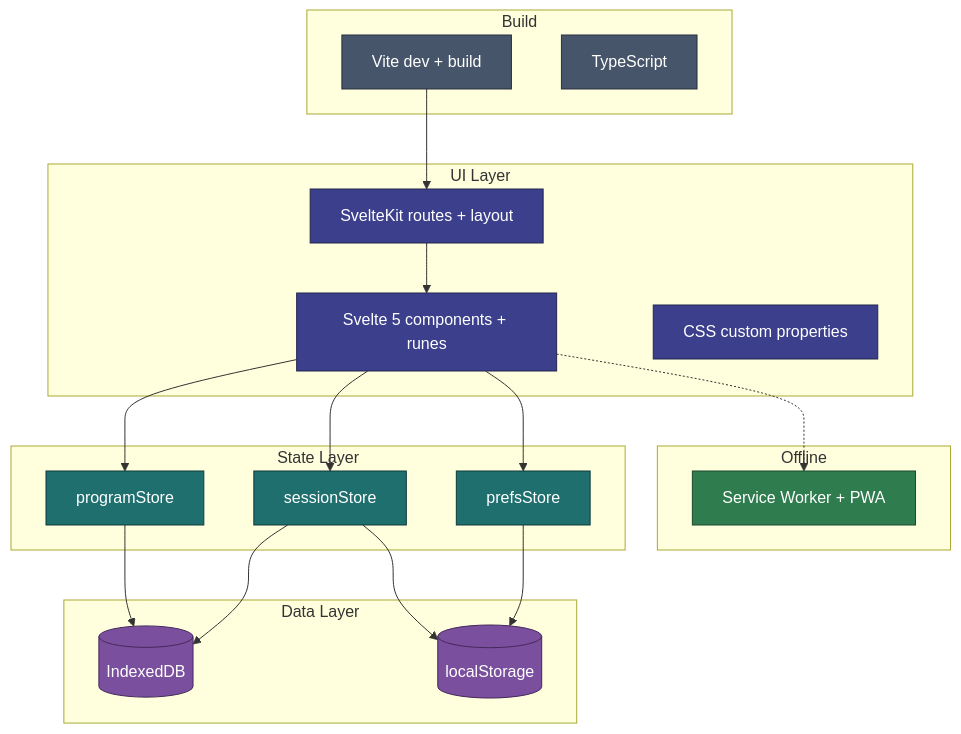
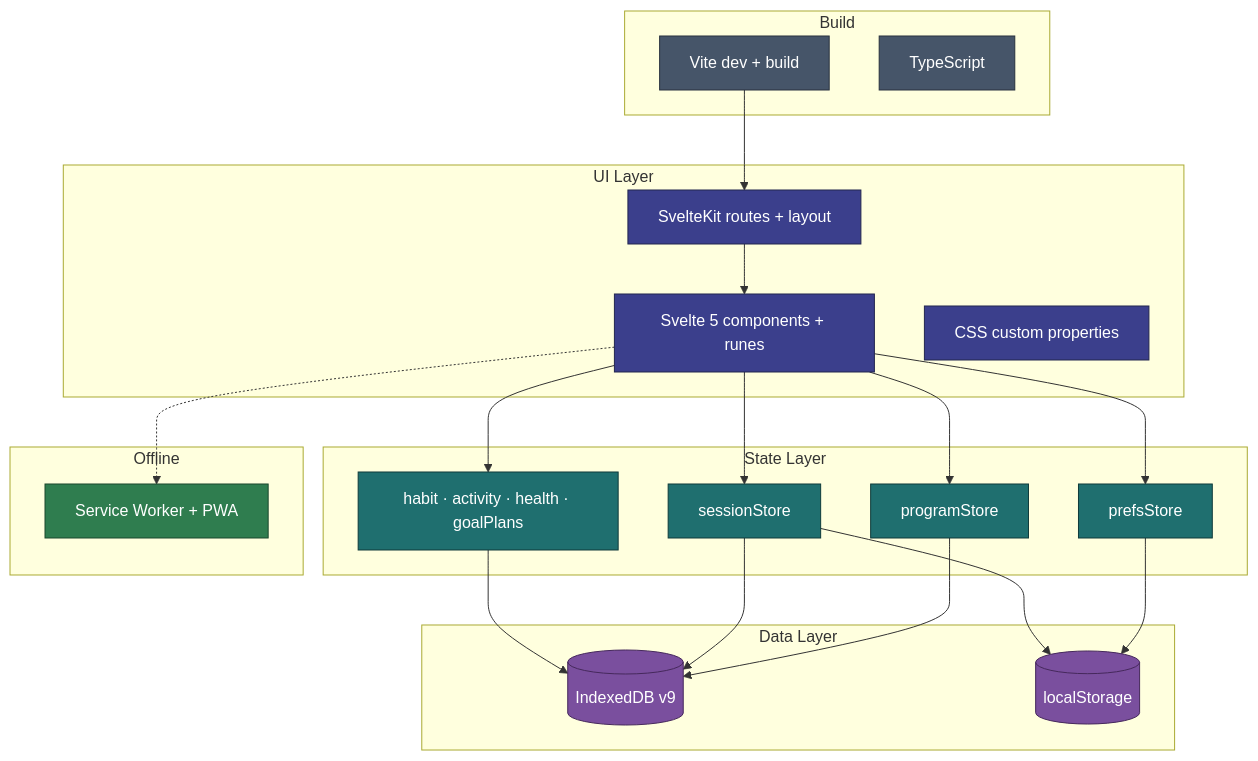
Before and after one commit to jermbo/CosmicWorkOut: the diagram in docs/architecture/tech-stack.md, drawn with Mermaid. The commit also changed other lines of this file and 15 other files, not shown here.

First line of the commit message:
Enhance documentation and add new scripts for goal progression plans

````diff
--- a/docs/architecture/tech-stack.md
+++ b/docs/architecture/tech-stack.md
@@ -5,46 +5,47 @@
 ```mermaid
 flowchart TB
     subgraph ui ["UI Layer"]
         SK[SvelteKit routes + layout]
         SV[Svelte 5 components + runes]
         CSS[CSS custom properties]
     end
 
     subgraph state ["State Layer"]
         PS[programStore]
         SS[sessionStore]
         PR[prefsStore]
+        HS[habit · activity · health · goalPlans]
     end
 
     subgraph data ["Data Layer"]
-        IDB[("IndexedDB")]
+        IDB[("IndexedDB v9")]
         LS[("localStorage")]
     end
 
     subgraph build ["Build"]
         Vite[Vite dev + build]
         TS[TypeScript]
     end
 
     subgraph offline ["Offline"]
         SW[Service Worker + PWA]
     end
 
-    SK --> SV --> PS & SS & PR
-    PS & SS --> IDB
+    SK --> SV --> PS & SS & PR & HS
+    PS & SS & HS --> IDB
     PR --> LS
     SS --> LS
     Vite --> SK
     SV -.-> SW
 
     classDef ui fill:#3b3f8c,stroke:#23264f,color:#ffffff;
     classDef state fill:#1f6f6f,stroke:#0f3a3a,color:#ffffff;
     classDef data fill:#7a4f9e,stroke:#46295c,color:#ffffff;
     classDef build fill:#465569,stroke:#28313e,color:#ffffff;
     classDef offline fill:#2f7d4f,stroke:#1a472d,color:#ffffff;
     class SK,SV,CSS ui;
-    class PS,SS,PR state;
+    class PS,SS,PR,HS state;
     class IDB,LS data;
     class Vite,TS build;
     class SW offline;
 ```
````
